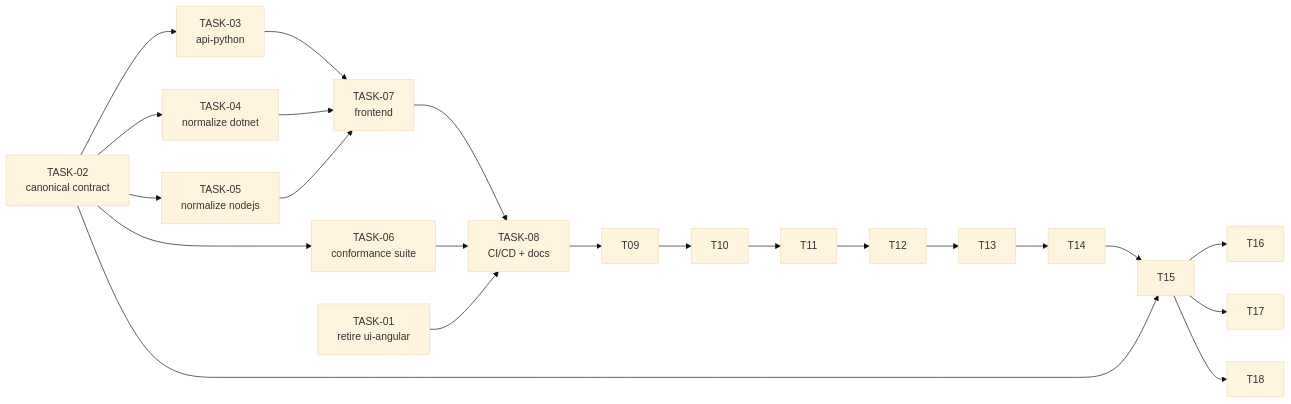
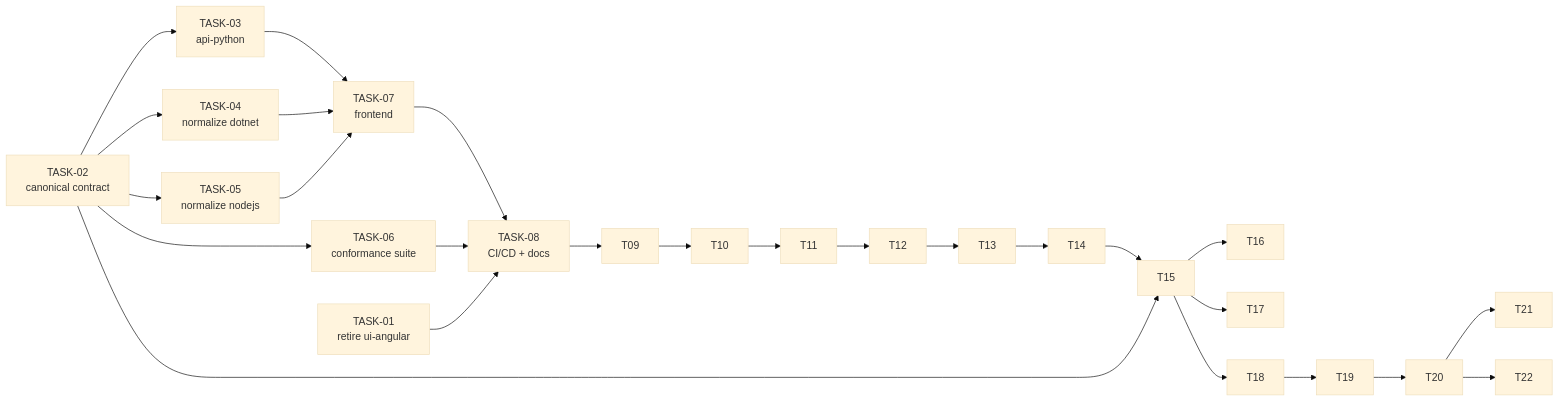
One commit to RegExTester/regex-tester changed the diagram in docs/tasks/README.md. Above: the diagram before and after it, drawn with Mermaid (base theme). The commit also changed other lines of this file and 22 other files, not shown here.

````diff
--- a/docs/tasks/README.md
+++ b/docs/tasks/README.md
@@ -32,26 +37,29 @@
 ```mermaid
 graph LR
   T01[TASK-01<br/>retire ui-angular]
   T02[TASK-02<br/>canonical contract]
   T03[TASK-03<br/>api-python]
   T04[TASK-04<br/>normalize dotnet]
   T05[TASK-05<br/>normalize nodejs]
   T06[TASK-06<br/>conformance suite]
   T07[TASK-07<br/>frontend]
   T08[TASK-08<br/>CI/CD + docs]
 
   T02 --> T03 --> T07
   T02 --> T04 --> T07
   T02 --> T05 --> T07
   T02 --> T06
   T07 --> T08
   T06 --> T08
   T01 --> T08
   T08 --> T09 --> T10
   T10 --> T11 --> T12 --> T13 --> T14
   T14 --> T15
   T02 --> T15
   T15 --> T16
   T15 --> T17
   T15 --> T18
+  T18 --> T19 --> T20
+  T20 --> T21
+  T20 --> T22
 ```
````
